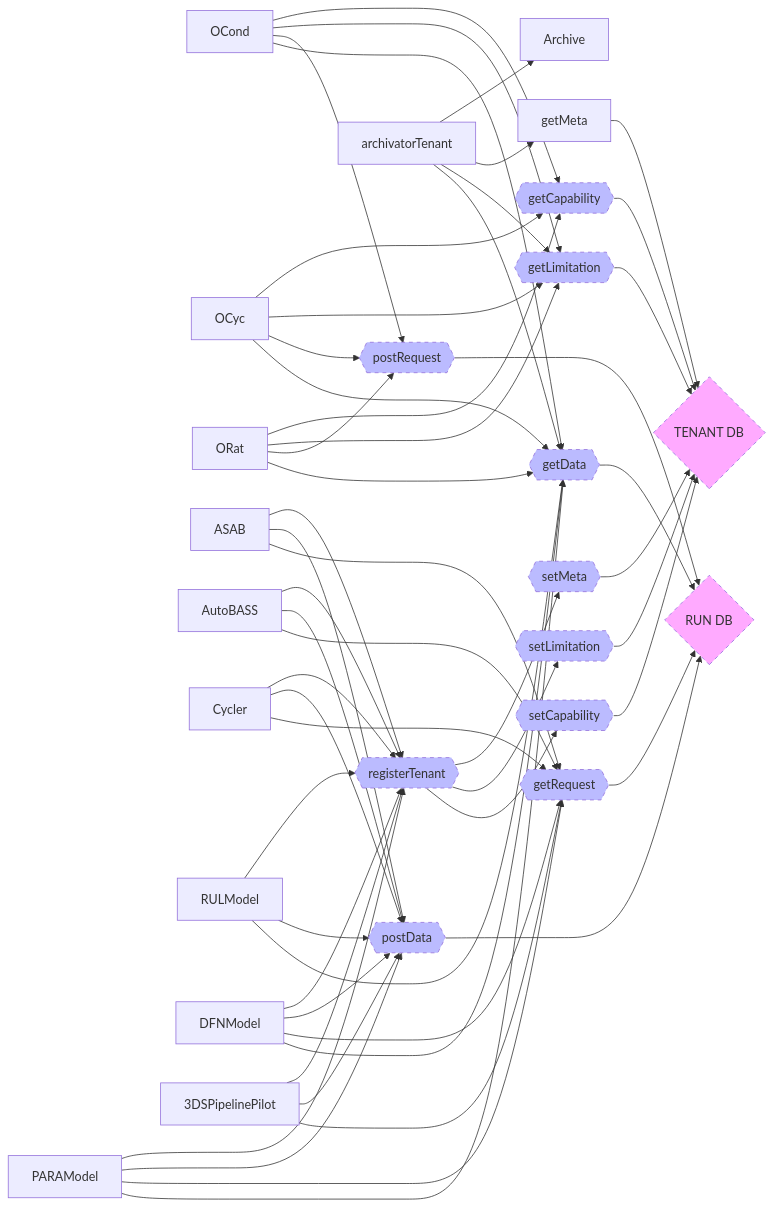
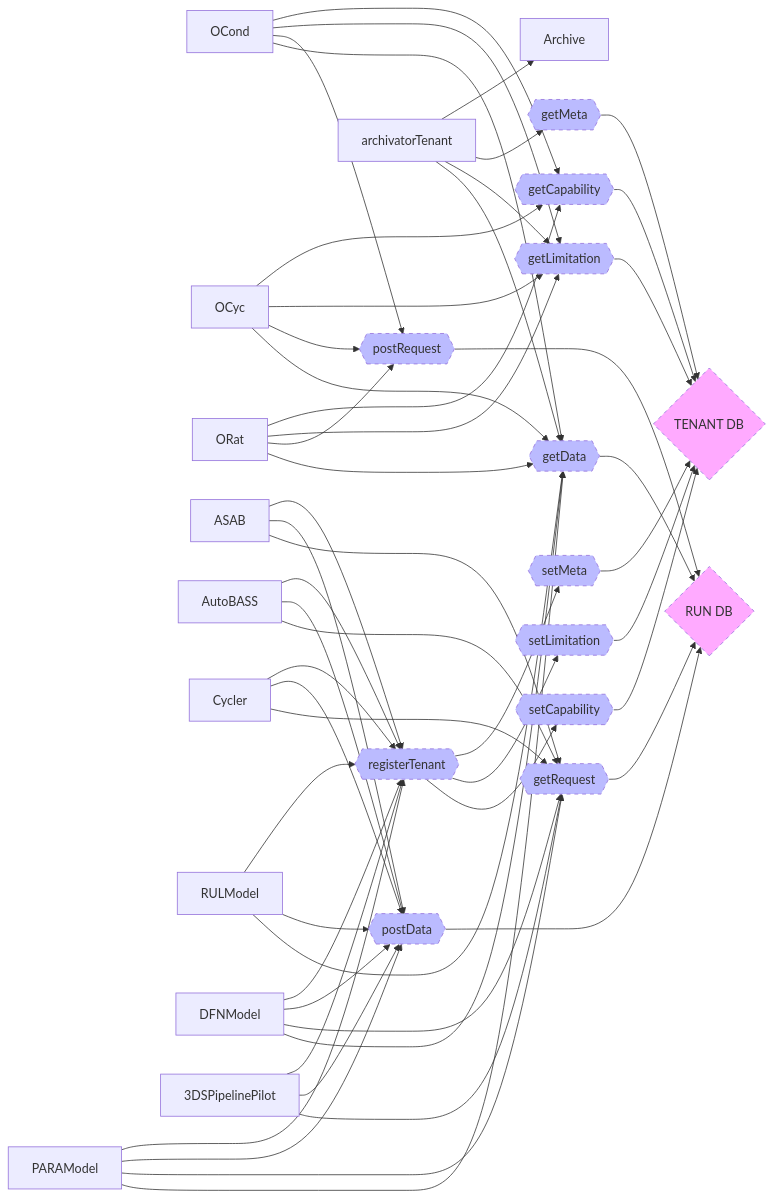
One commit to BIG-MAP/FINALES2 changed the second of 2 diagrams in flows.md. Above: the diagram before and after it, drawn with Mermaid.

```diff
--- a/flows.md
+++ b/flows.md
@@ -69,34 +69,37 @@
     style postRequest fill:#bbf,postRequest stroke-width:2px,stroke-dasharray: 5 5
 
     postData{{postData}}
-    style postData fill:#bbf,postRequest stroke-width:2px,stroke-dasharray: 5 5
+    style postData fill:#bbf,postData stroke-width:2px,stroke-dasharray: 5 5
 
     getRequest{{getRequest}}
-    style getRequest fill:#bbf,postRequest stroke-width:2px,stroke-dasharray: 5 5
+    style getRequest fill:#bbf,getRequest stroke-width:2px,stroke-dasharray: 5 5
 
     getData{{getData}}
-    style getData fill:#bbf,postRequest stroke-width:2px,stroke-dasharray: 5 5
+    style getData fill:#bbf,getData stroke-width:2px,stroke-dasharray: 5 5
 
     getData{{getData}}
-    style getData fill:#bbf,postRequest stroke-width:2px,stroke-dasharray: 5 5
+    style getData fill:#bbf,getData stroke-width:2px,stroke-dasharray: 5 5
 
     registerTenant{{registerTenant}}
-    style registerTenant fill:#bbf,postRequest stroke-width:2px,stroke-dasharray: 5 5
+    style registerTenant fill:#bbf,registerTenant stroke-width:2px,stroke-dasharray: 5 5
 
     getCapability{{getCapability}}
-    style getCapability fill:#bbf,postRequest stroke-width:2px,stroke-dasharray: 5 5
+    style getCapability fill:#bbf,getCapability stroke-width:2px,stroke-dasharray: 5 5
 
     getLimitation{{getLimitation}}
-    style getLimitation fill:#bbf,postRequest stroke-width:2px,stroke-dasharray: 5 5
+    style getLimitation fill:#bbf,getLimitation stroke-width:2px,stroke-dasharray: 5 5
 
     setCapability{{setCapability}}
-    style setCapability fill:#bbf,postRequest stroke-width:2px,stroke-dasharray: 5 5
+    style setCapability fill:#bbf,setCapability stroke-width:2px,stroke-dasharray: 5 5
 
     setLimitation{{setLimitation}}
-    style setLimitation fill:#bbf,postRequest stroke-width:2px,stroke-dasharray: 5 5
+    style setLimitation fill:#bbf,setLimitation stroke-width:2px,stroke-dasharray: 5 5
+    
+    getMeta{{getMeta}}
+    style getMeta fill:#bbf,getMeta stroke-width:2px,stroke-dasharray: 5 5
 
     setMeta{{setMeta}}
-    style setMeta fill:#bbf,postRequest stroke-width:2px,stroke-dasharray: 5 5
+    style setMeta fill:#bbf,setMeta stroke-width:2px,stroke-dasharray: 5 5
 
     TEN-DB{TENANT DB}
     style TEN-DB fill:#faf,postRequest stroke-width:2px,stroke-dasharray: 5 5
```
